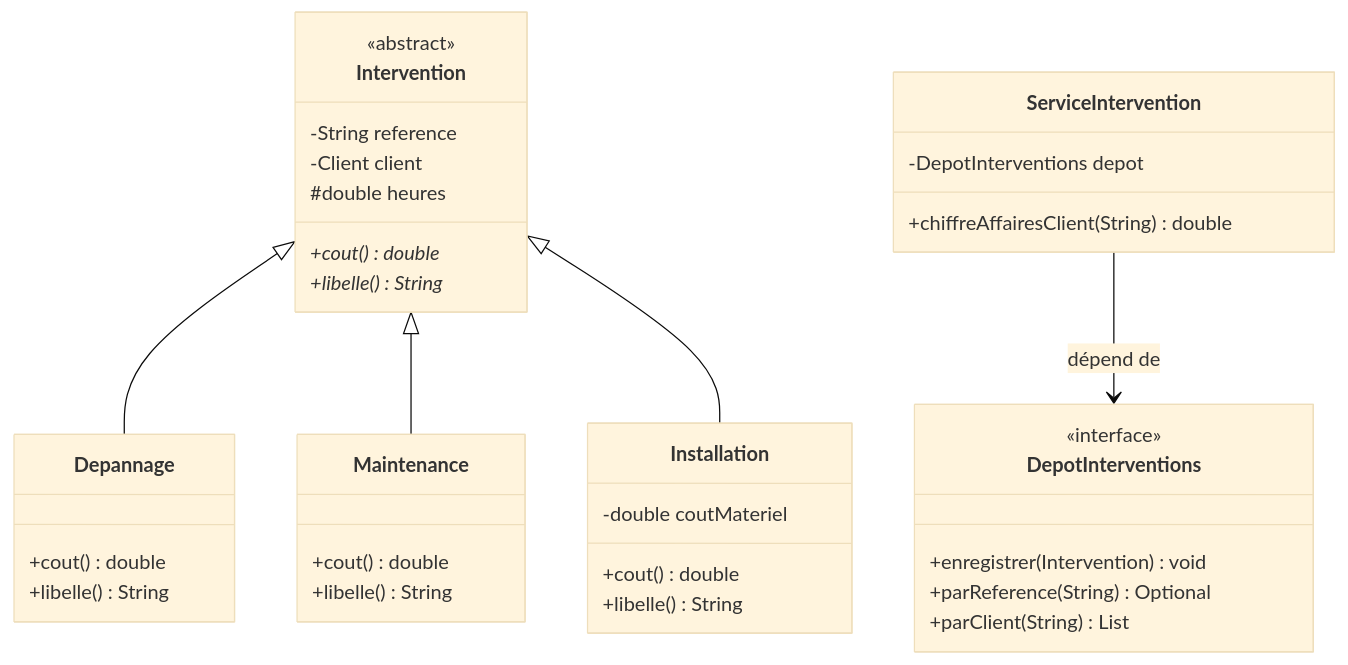
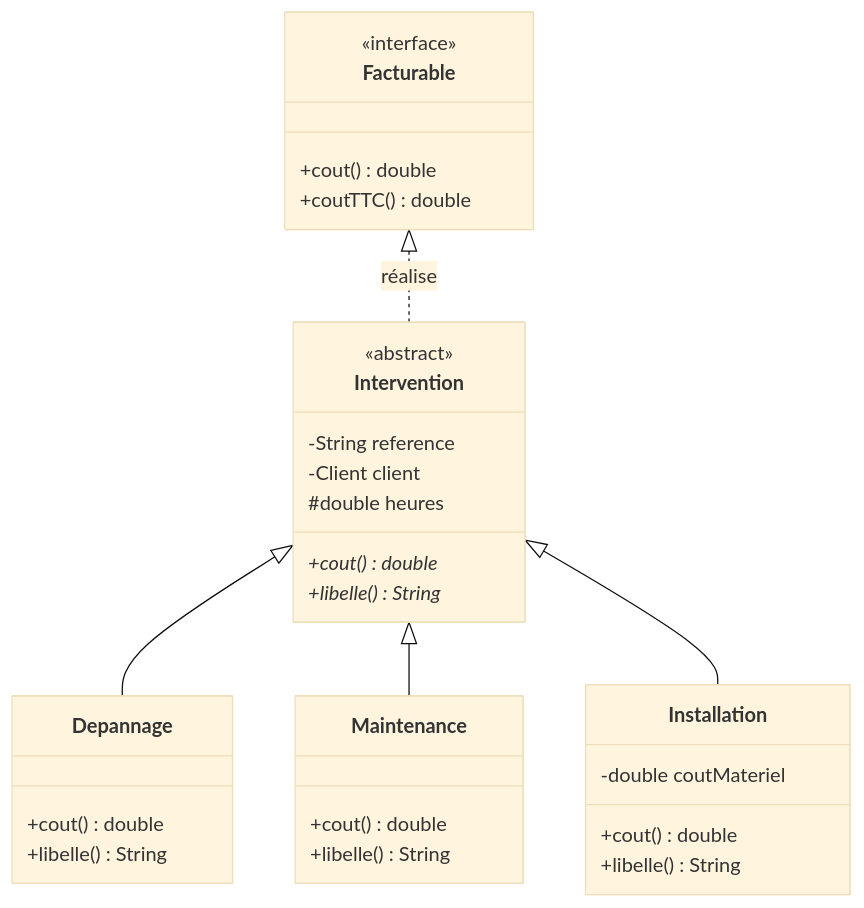
One commit to ggaillard/cours-devops changed the first of 2 diagrams in docs/api-java/abstraction-polymorphisme.md. Above: the diagram before and after it, drawn with Mermaid (base theme). The commit also changed other lines of this file and 14 other files, not shown here.

````diff
--- a/docs/api-java/abstraction-polymorphisme.md
+++ b/docs/api-java/abstraction-polymorphisme.md
@@ -20,39 +31,34 @@
 ```mermaid
 classDiagram
+    class Facturable {
+        <<interface>>
+        +cout() double
+        +coutTTC() double
+    }
     class Intervention {
         <<abstract>>
         -String reference
         -Client client
         #double heures
         +cout()* double
         +libelle()* String
     }
     class Depannage {
         +cout() double
         +libelle() String
     }
     class Maintenance {
         +cout() double
         +libelle() String
     }
     class Installation {
         -double coutMateriel
         +cout() double
         +libelle() String
     }
-    class DepotInterventions {
-        <<interface>>
-        +enregistrer(Intervention) void
-        +parReference(String) Optional
-        +parClient(String) List
-    }
-    class ServiceIntervention {
-        -DepotInterventions depot
-        +chiffreAffairesClient(String) double
-    }
 
+    Facturable <|.. Intervention : réalise
     Intervention <|-- Depannage
     Intervention <|-- Maintenance
     Intervention <|-- Installation
-    ServiceIntervention --> DepotInterventions : dépend de
 ```
````
